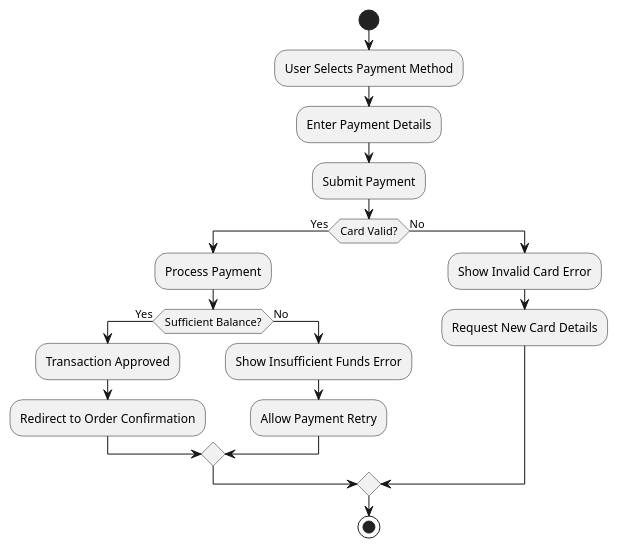
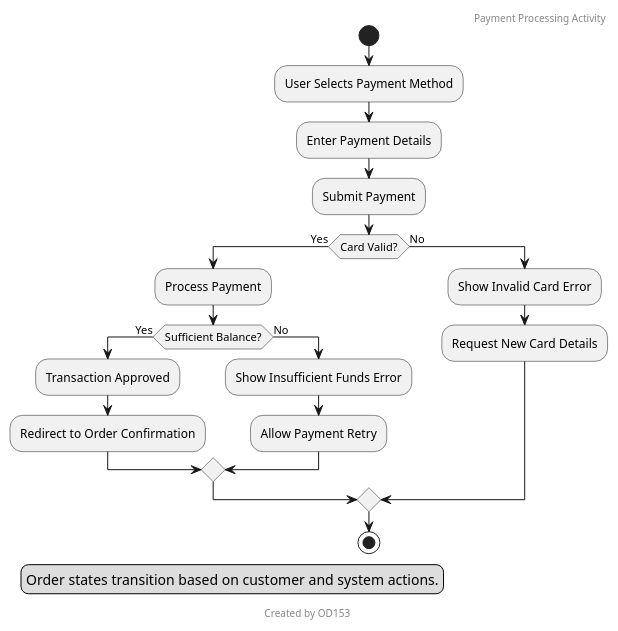
The diagram in uml/activity/payment-processing-activity.puml (donassis/e-commerce), drawn with PlantUML before and after one commit. The commit also changed 91 other files, not shown here.

Commit message:
updated diagrams with headers and footers

```diff
--- a/uml/activity/payment-processing-activity.puml
+++ b/uml/activity/payment-processing-activity.puml
@@ -1,20 +1,28 @@
 @startuml
+
+header Payment Processing Activity
+footer Created by OD153
+
+legend left
+Order states transition based on customer and system actions.
+end legend
+
 start
 :User Selects Payment Method;
 :Enter Payment Details;
 :Submit Payment;
 if (Card Valid?) then (Yes)
     :Process Payment;
     if (Sufficient Balance?) then (Yes)
         :Transaction Approved;
         :Redirect to Order Confirmation;
     else (No)
         :Show Insufficient Funds Error;
         :Allow Payment Retry;
     endif
 else (No)
     :Show Invalid Card Error;
     :Request New Card Details;
 endif
 stop
 @enduml
```
